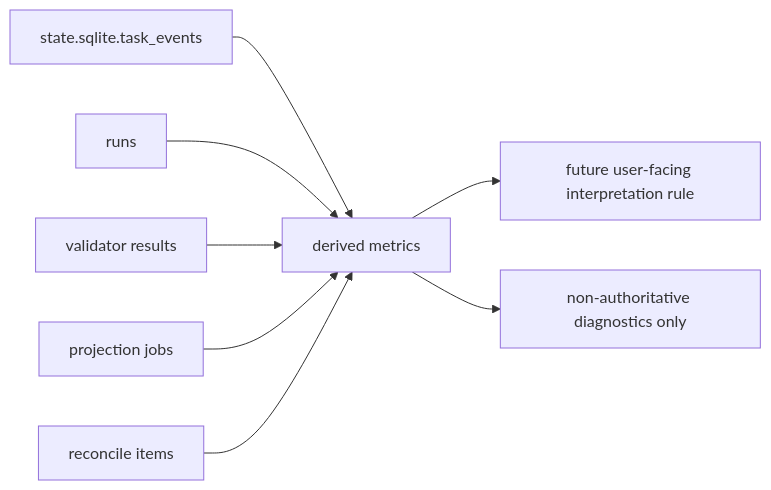
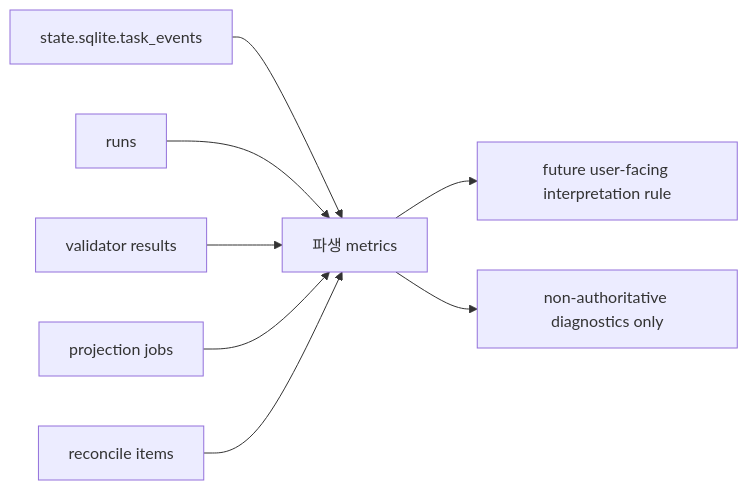
One commit to minjungw00/Harness_Project changed the fifth of 5 diagrams in docs/ko/roadmap.md. Above: the diagram before and after it, drawn with Mermaid. The commit also changed other lines of this file and 21 other files, not shown here.

````diff
--- a/docs/ko/roadmap.md
+++ b/docs/ko/roadmap.md
@@ -130,10 +130,10 @@
 ```mermaid
 flowchart LR
-  Events["state.sqlite.task_events"] --> Metrics["derived metrics"]
+  Events["state.sqlite.task_events"] --> Metrics["파생 metrics"]
   Runs["runs"] --> Metrics
   Validators["validator results"] --> Metrics
   Projections["projection jobs"] --> Metrics
   Reconcile["reconcile items"] --> Metrics
   Metrics --> Interpretation["future user-facing interpretation rule"]
   Metrics --> Boundary["non-authoritative diagnostics only"]
 ```
````
